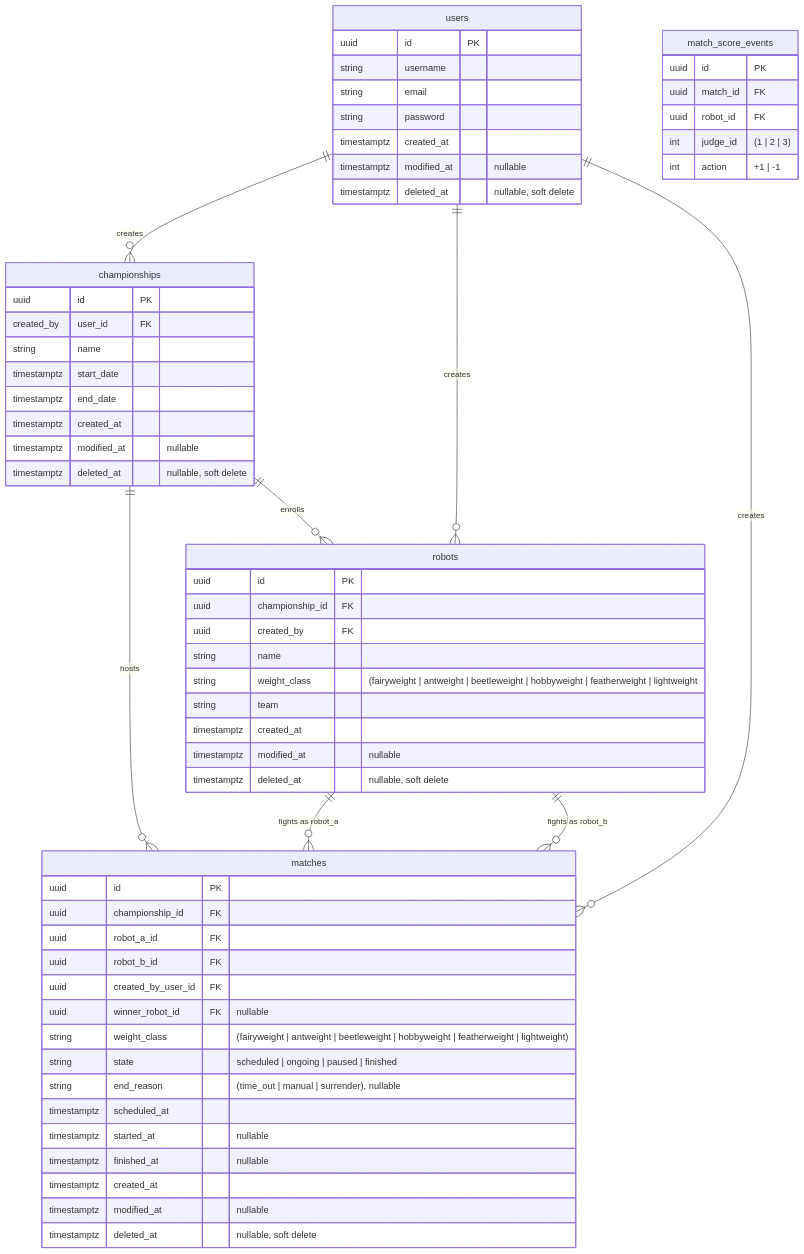
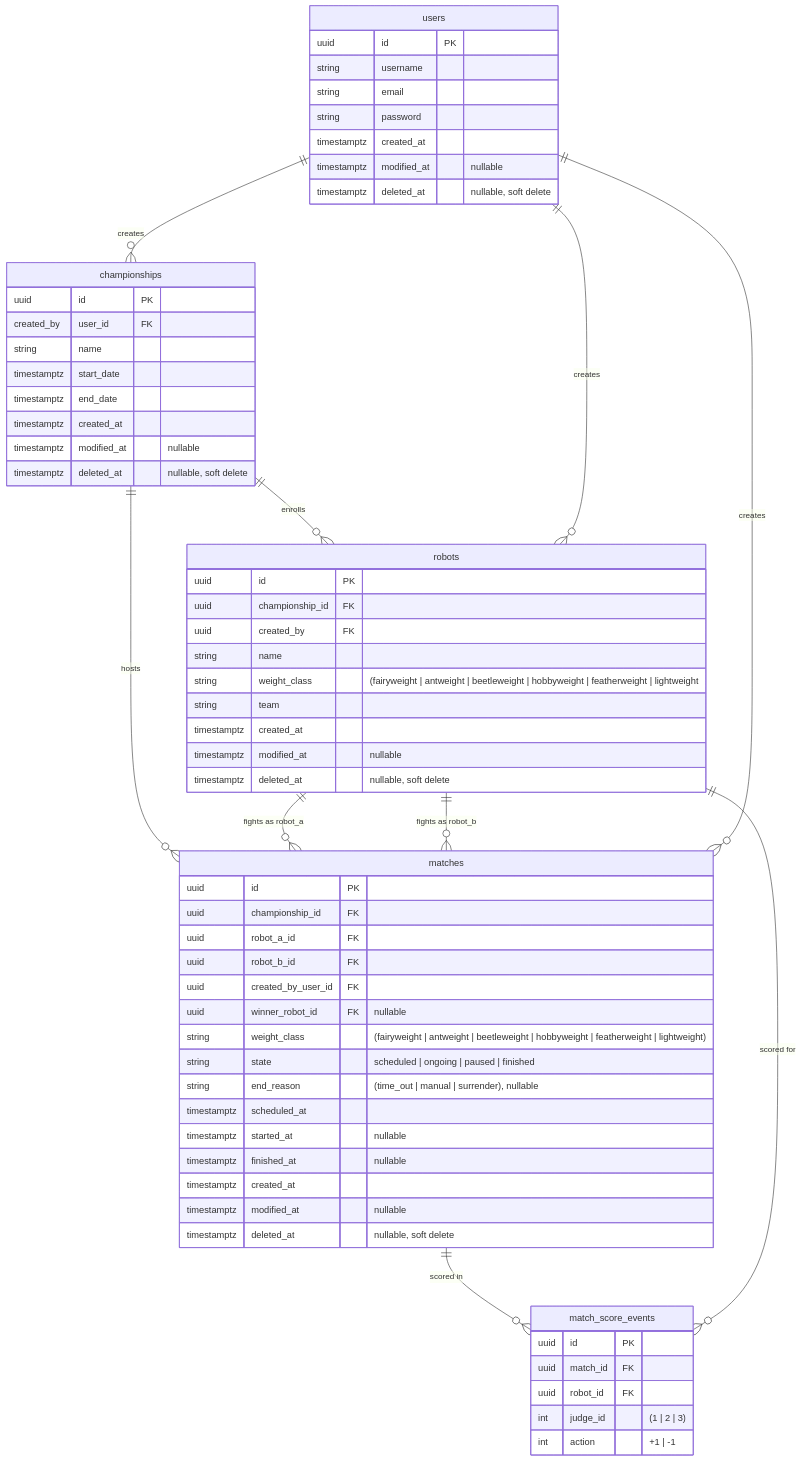
Before and after one commit to UTFPR-Oficinas-2/crossliseu: the diagram in docs/database-model.md, drawn with Mermaid.

````diff
--- a/docs/database-model.md
+++ b/docs/database-model.md
@@ -11,71 +11,73 @@
 ```mermaid
 ---
 config:
   theme: default
   look: classic
   layout: dagre
 ---
 erDiagram
   championships ||--o{ robots : "enrolls"
   championships ||--o{ matches : "hosts"
   robots ||--o{ matches : "fights as robot_a"
   robots ||--o{ matches : "fights as robot_b"
   users ||--o{ championships : creates
   users ||--o{ matches : creates
   users ||--o{ robots : creates
+  matches ||--o{ match_score_events : "scored in"
+  robots  ||--o{ match_score_events : "scored for"
 
   users {
     uuid id PK
     string username
     string email
     string password
     timestamptz created_at
     timestamptz modified_at "nullable"
     timestamptz deleted_at "nullable, soft delete"
   }
   championships {
     uuid id PK
     created_by user_id FK
     string name
     timestamptz start_date
     timestamptz end_date
     timestamptz created_at
     timestamptz modified_at "nullable"
     timestamptz deleted_at "nullable, soft delete"
   }
   robots {
     uuid id PK
     uuid championship_id FK
     uuid created_by FK
     string name
     string weight_class "(fairyweight | antweight | beetleweight | hobbyweight | featherweight | lightweight"
     string team
     timestamptz created_at
     timestamptz modified_at "nullable"
     timestamptz deleted_at "nullable, soft delete"
   }
   matches {
     uuid id PK
     uuid championship_id FK
     uuid robot_a_id FK
     uuid robot_b_id FK
     uuid created_by_user_id FK
     uuid winner_robot_id FK "nullable"
     string weight_class "(fairyweight | antweight | beetleweight | hobbyweight | featherweight | lightweight)"
     string state "scheduled | ongoing | paused | finished"
     string end_reason "(time_out | manual | surrender), nullable"
     timestamptz scheduled_at
     timestamptz started_at "nullable"
     timestamptz finished_at "nullable"
     timestamptz created_at
     timestamptz modified_at "nullable"
     timestamptz deleted_at "nullable, soft delete"
   }
   match_score_events {
-    uuid id "PK"
-    uuid match_id "FK"
-    uuid robot_id "FK"
+    uuid id PK
+    uuid match_id FK
+    uuid robot_id FK
     int judge_id "(1 | 2 | 3)"
     int action "+1 | -1"
   }
 ```
````
